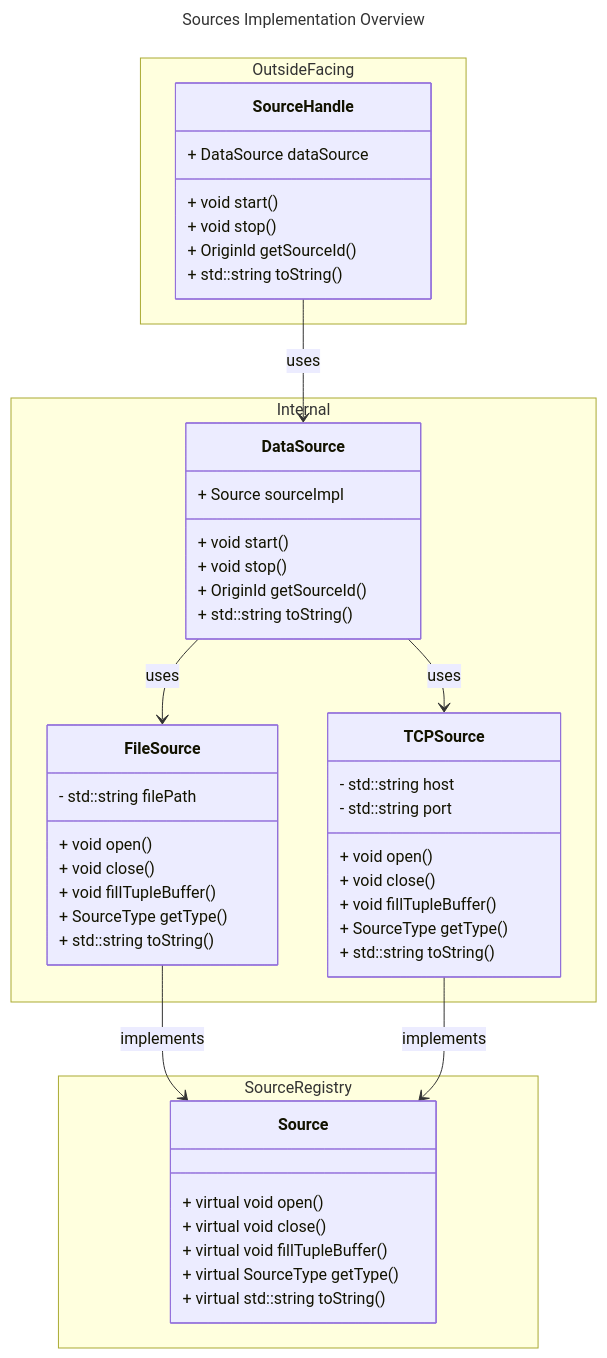
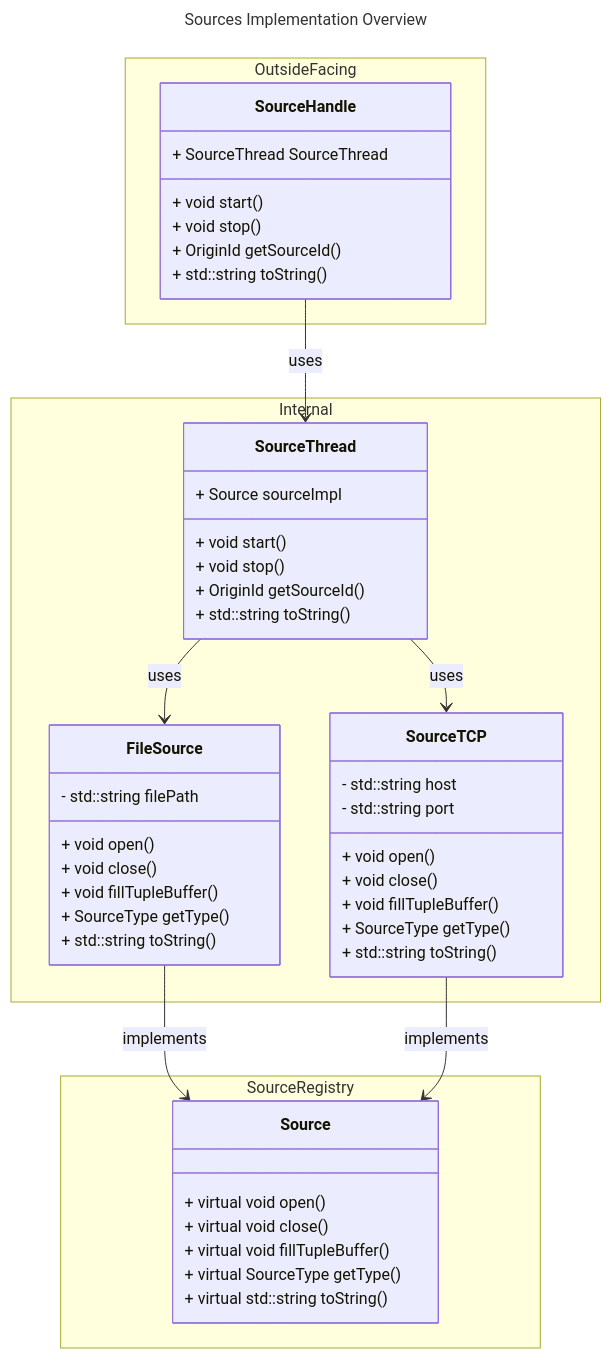
The third of 4 diagrams in nes-sources/src/ClassHierarchy.md (nebulastream/nebulastream), drawn with Mermaid before and after one commit. The commit also changed other lines of this file and 47 other files, not shown here.

````diff
--- a/nes-sources/src/ClassHierarchy.md
+++ b/nes-sources/src/ClassHierarchy.md
@@ -112,61 +112,61 @@
 ```mermaid
 ---
 title: Sources Implementation Overview
 ---
 classDiagram
-    SourceHandle --> DataSource : uses
+    SourceHandle --> SourceThread : uses
     FileSource --> Source : implements
-    TCPSource --> Source  : implements
-    DataSource --> FileSource : uses
-    DataSource --> TCPSource : uses
+    SourceTCP --> Source  : implements
+    SourceThread --> FileSource : uses
+    SourceThread --> SourceTCP : uses
 
     namespace OutsideFacing {
         class SourceHandle {
-            + DataSource dataSource
+            + SourceThread SourceThread
             + void start()
             + void stop()
             + OriginId getSourceId()
             + std::string toString()
         }
     }
     namespace SourceRegistry {
     %% Source is the interface for the PluginRegistry for sources
         class Source {
             + virtual void open()
             + virtual void close()
             + virtual void fillTupleBuffer()
             + virtual SourceType getType()
             + virtual std::string toString()
         }
     }
 
     namespace Internal {
 
-        class DataSource {
+        class SourceThread {
             + void start()
             + void stop()
             + OriginId getSourceId()
             + std::string toString()
             + Source sourceImpl
         }
 
         class FileSource {
             + void open()
             + void close()
             + void fillTupleBuffer()
             + SourceType getType()
             + std::string toString()
             - std::string filePath
         }
 
-        class TCPSource {
+        class SourceTCP {
             + void open()
             + void close()
             + void fillTupleBuffer()
             + SourceType getType()
             + std::string toString()
             - std::string host
             - std::string port
         }
     }
 ```
````
